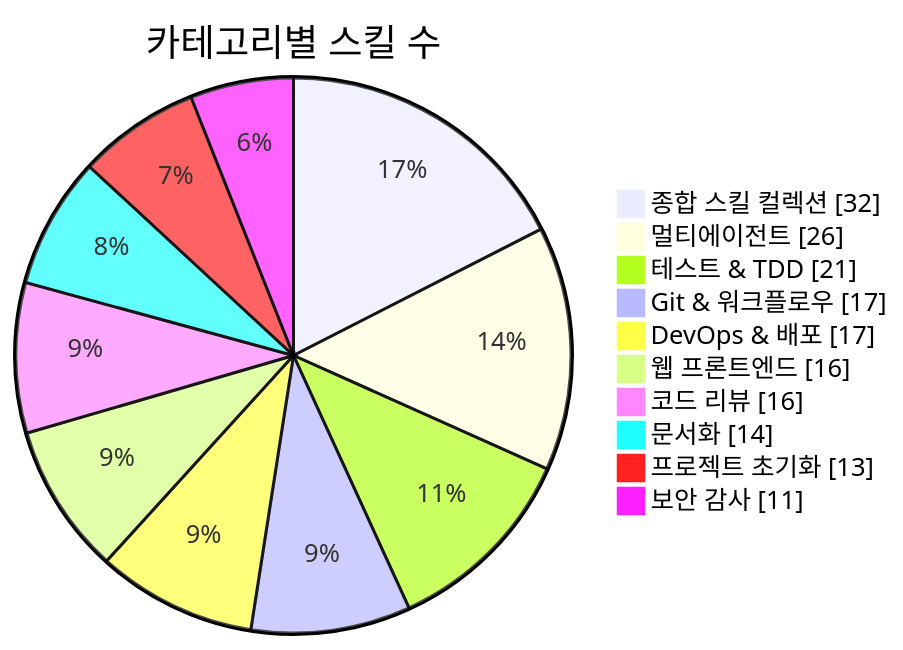
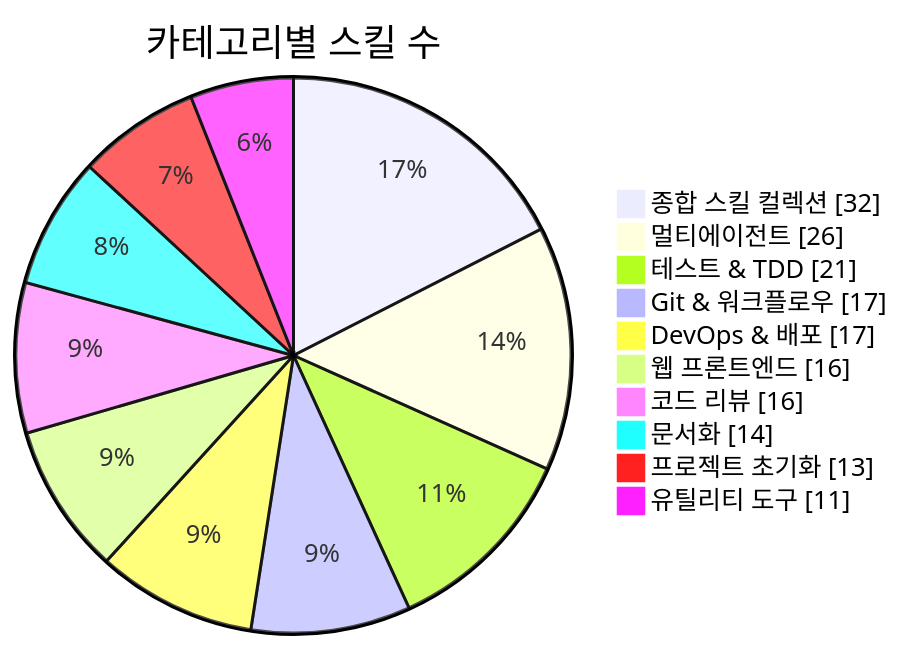
One commit to J-nowcow/awesome-korean-agent-skills changed the first of 3 diagrams in README.md. Above: the diagram before and after it, drawn with Mermaid. The commit also changed other lines of this file and 3 other files, not shown here.

````diff
--- a/README.md
+++ b/README.md
@@ -176,14 +176,14 @@
 ```mermaid
 pie showData
     title 카테고리별 스킬 수
     "종합 스킬 컬렉션" : 32
     "멀티에이전트" : 26
     "테스트 & TDD" : 21
     "Git & 워크플로우" : 17
     "DevOps & 배포" : 17
     "웹 프론트엔드" : 16
     "코드 리뷰" : 16
     "문서화" : 14
     "프로젝트 초기화" : 13
-    "보안 감사" : 11
+    "유틸리티 도구" : 11
 ```
````
